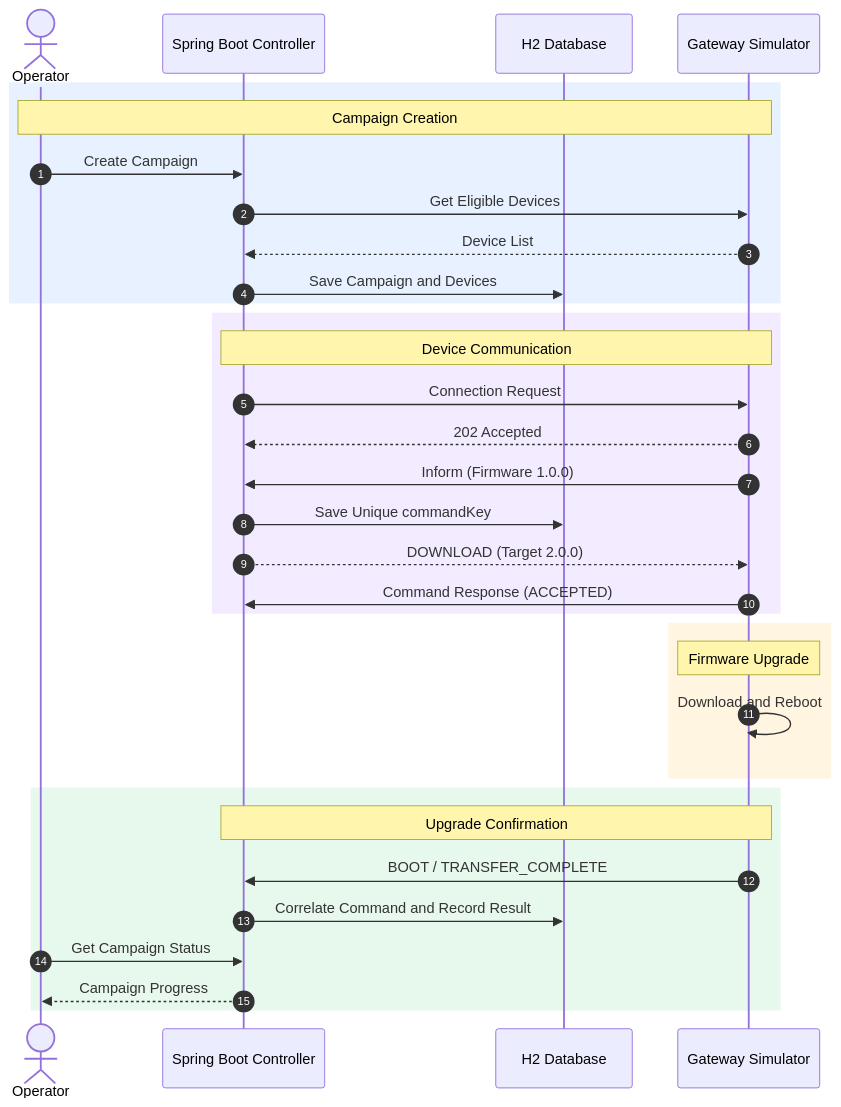
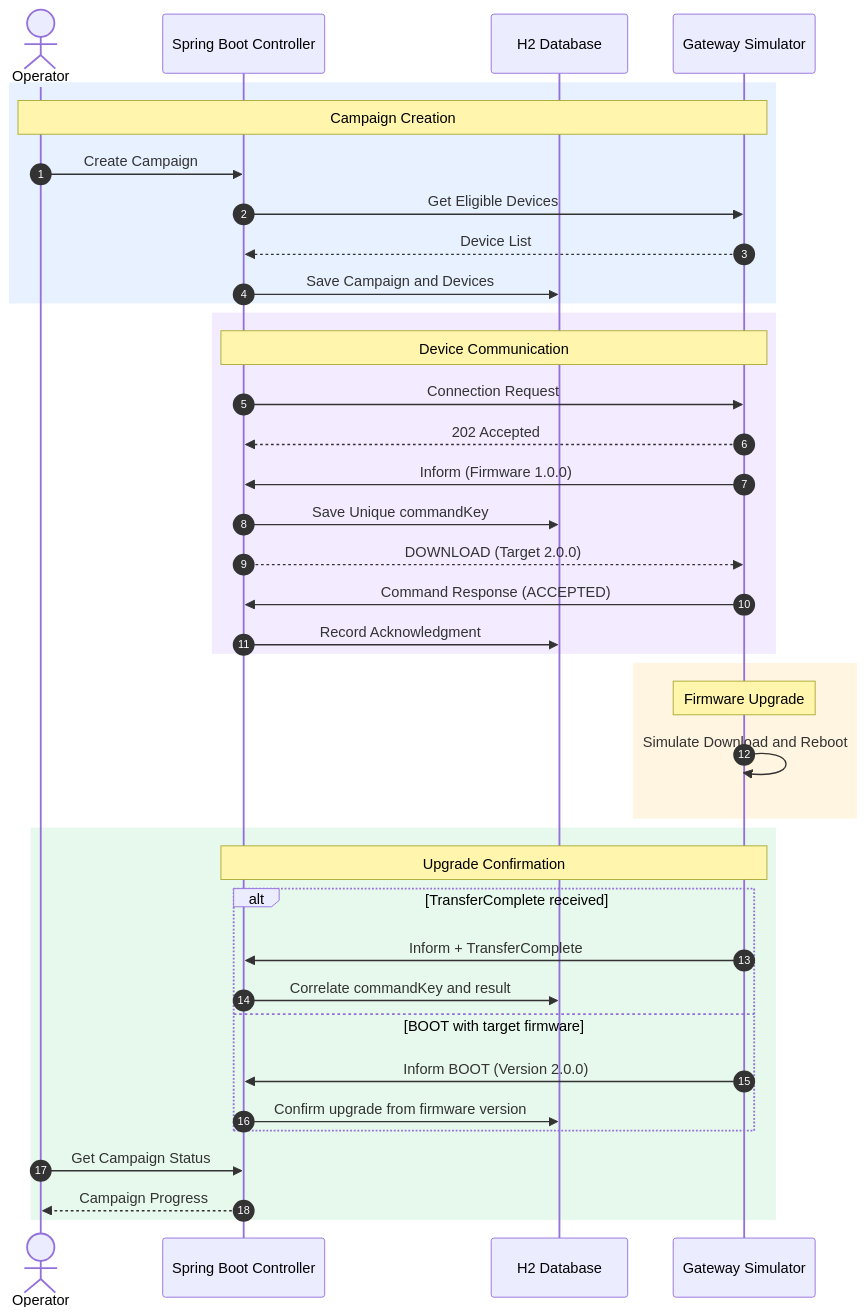
Before and after one commit to suneelagrawal/device-simulator: the second of 3 diagrams in README.md, drawn with Mermaid. The commit also changed other lines of this file and 10 other files, not shown here.

````diff
--- a/README.md
+++ b/README.md
@@ -71,40 +78,46 @@
 ```mermaid
 sequenceDiagram
     autonumber
 
     actor O as Operator
     participant C as Spring Boot Controller
     participant DB as H2 Database
     participant G as Gateway Simulator
 
     rect rgb(232, 241, 255)
         Note over O,G: Campaign Creation
         O->>C: Create Campaign
         C->>G: Get Eligible Devices
         G-->>C: Device List
         C->>DB: Save Campaign and Devices
     end
 
     rect rgb(243, 235, 255)
         Note over C,G: Device Communication
         C->>G: Connection Request
         G-->>C: 202 Accepted
         G->>C: Inform (Firmware 1.0.0)
         C->>DB: Save Unique commandKey
         C-->>G: DOWNLOAD (Target 2.0.0)
         G->>C: Command Response (ACCEPTED)
+        C->>DB: Record Acknowledgment
     end
 
     rect rgb(255, 245, 225)
         Note over G: Firmware Upgrade
-        G->>G: Download and Reboot
+        G->>G: Simulate Download and Reboot
     end
 
     rect rgb(231, 248, 237)
         Note over C,G: Upgrade Confirmation
-        G->>C: BOOT / TRANSFER_COMPLETE
-        C->>DB: Correlate Command and Record Result
+        alt TransferComplete received
+            G->>C: Inform + TransferComplete
+            C->>DB: Correlate commandKey and result
+        else BOOT with target firmware
+            G->>C: Inform BOOT (Version 2.0.0)
+            C->>DB: Confirm upgrade from firmware version
+        end
         O->>C: Get Campaign Status
         C-->>O: Campaign Progress
     end
 ```
````
